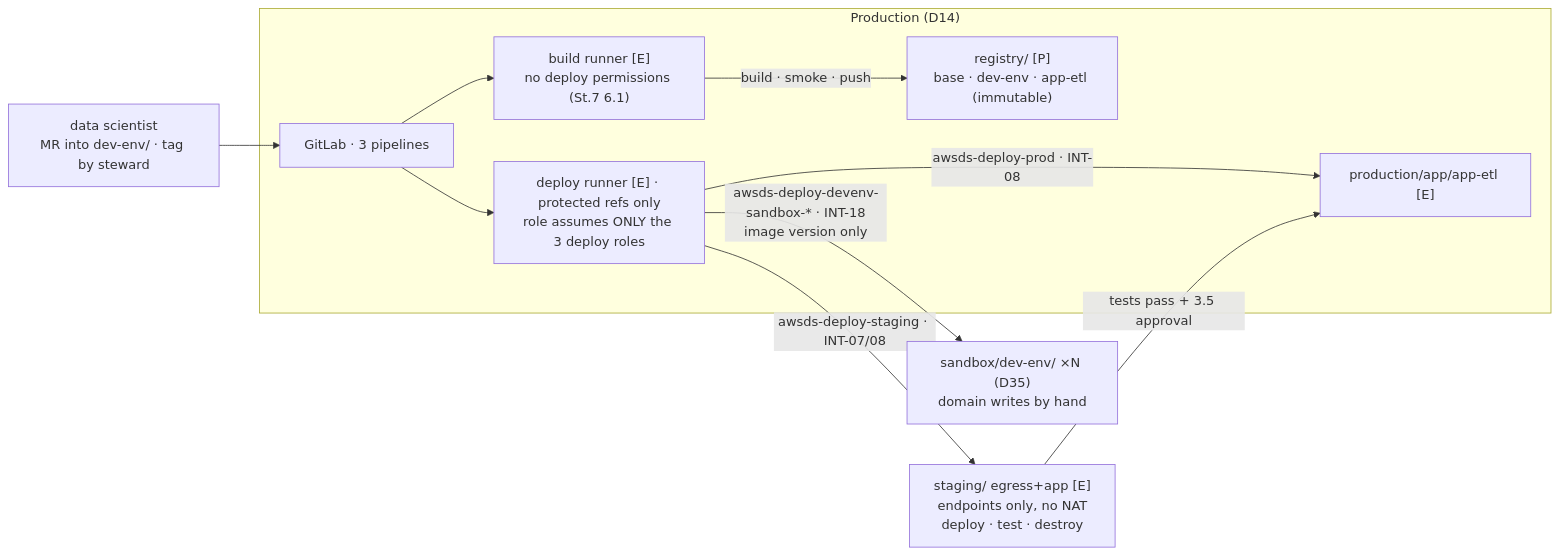
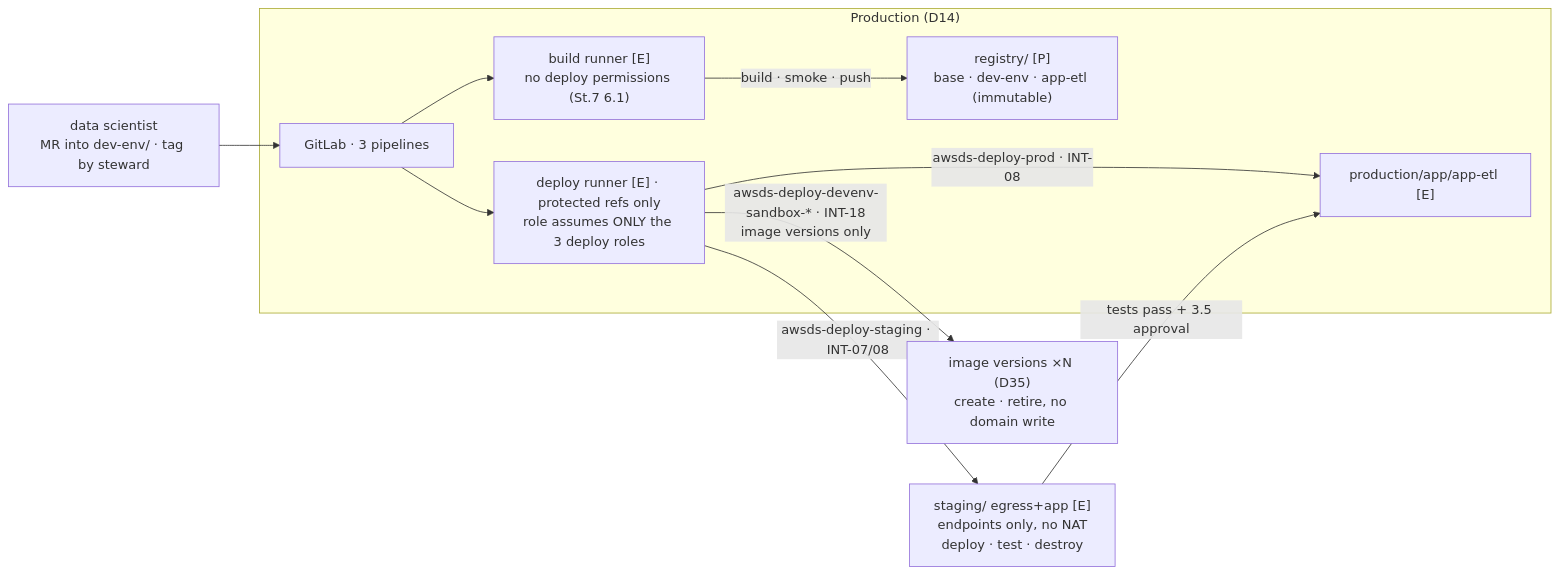
Before and after one commit to felipenoris/AWS-DataScience: the diagram in docs/plan/stages/stage-08-cicd-pipelines.md, drawn with Mermaid. The commit also changed other lines of this file and 26 other files, not shown here.

````diff
--- a/docs/plan/stages/stage-08-cicd-pipelines.md
+++ b/docs/plan/stages/stage-08-cicd-pipelines.md
@@ -42,17 +42,17 @@
 ```mermaid
 flowchart LR
     DS["data scientist<br/>MR into dev-env/ · tag by steward"] --> GL
     subgraph PRD["Production (D14)"]
         GL["GitLab · 3 pipelines"]
         BR["build runner [E]<br/>no deploy permissions (St.7 6.1)"]
         DR["deploy runner [E] · protected refs only<br/>role assumes ONLY the 3 deploy roles"]
         ECR["registry/ [P]<br/>base · dev-env · app-etl (immutable)"]
         PAPP["production/app/app-etl [E]"]
     end
     GL --> BR -->|"build · smoke · push"| ECR
     GL --> DR
-    DR -->|"awsds-deploy-devenv-sandbox-* · INT-18<br/>image version only"| REG["sandbox/dev-env/ ×N (D35)<br/>domain writes by hand"]
+    DR -->|"awsds-deploy-devenv-sandbox-* · INT-18<br/>image versions only"| REG["image versions ×N (D35)<br/>create · retire, no domain write"]
     DR -->|"awsds-deploy-staging · INT-07/08"| STG["staging/ egress+app [E]<br/>endpoints only, no NAT<br/>deploy · test · destroy"]
     DR -->|"awsds-deploy-prod · INT-08"| PAPP
     STG -->|"tests pass + 3.5 approval"| PAPP
 ```
````
